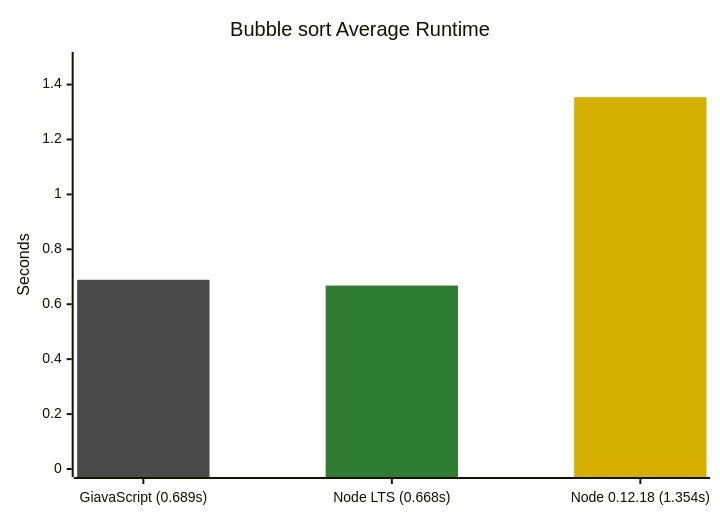
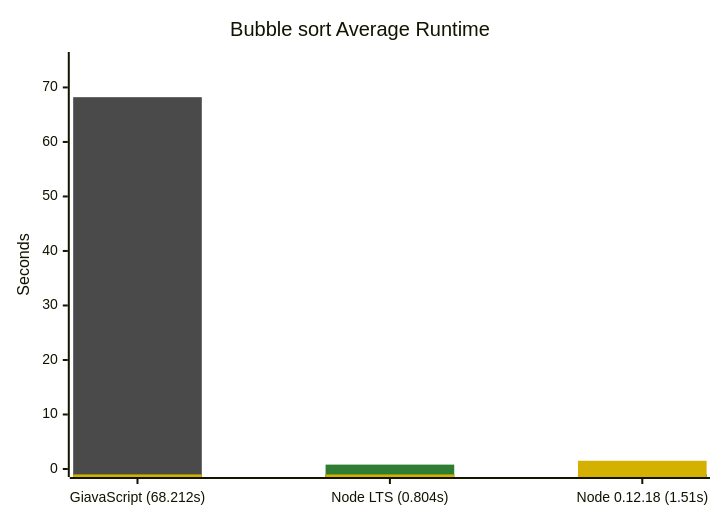
Before and after one commit to GiavaScript/GiavaScript: the first of 5 diagrams in README.md, drawn with Mermaid. The commit also changed other lines of this file and 2 other files, not shown here.

````diff
--- a/README.md
+++ b/README.md
@@ -79,10 +79,10 @@
 ```mermaid
 %%{init: {"themeVariables": {"xyChart": {"plotColorPalette": "#4a4a4a, #2e7d32, #d4b000"}}}}%%
 xychart-beta
     title "Bubble sort Average Runtime"
-    x-axis ["GiavaScript (0.689s)", "Node LTS (0.668s)", "Node 0.12.18 (1.354s)"]
-    y-axis "Seconds" 0 --> 1.4894
-    bar [0.689, -1, -1]
-    bar [-1, 0.668, -1]
-    bar [-1, -1, 1.354]
+    x-axis ["GiavaScript (68.212s)", "Node LTS (0.804s)", "Node 0.12.18 (1.51s)"]
+    y-axis "Seconds" 0 --> 75.0332
+    bar [68.212, -1, -1]
+    bar [-1, 0.804, -1]
+    bar [-1, -1, 1.51]
 ```
````
